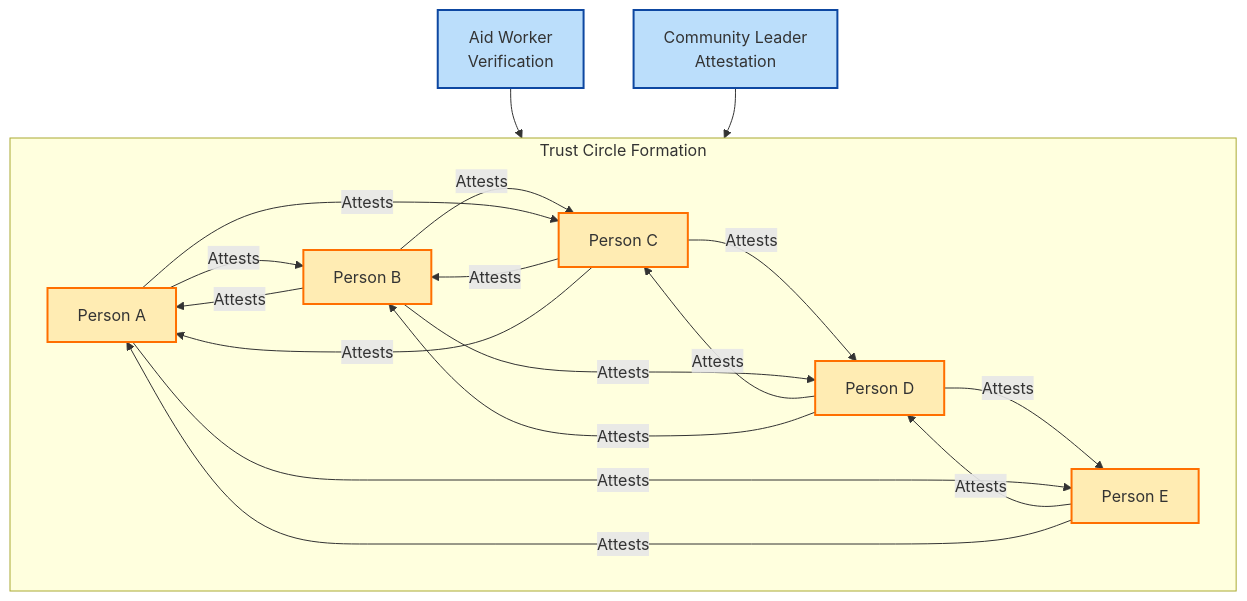
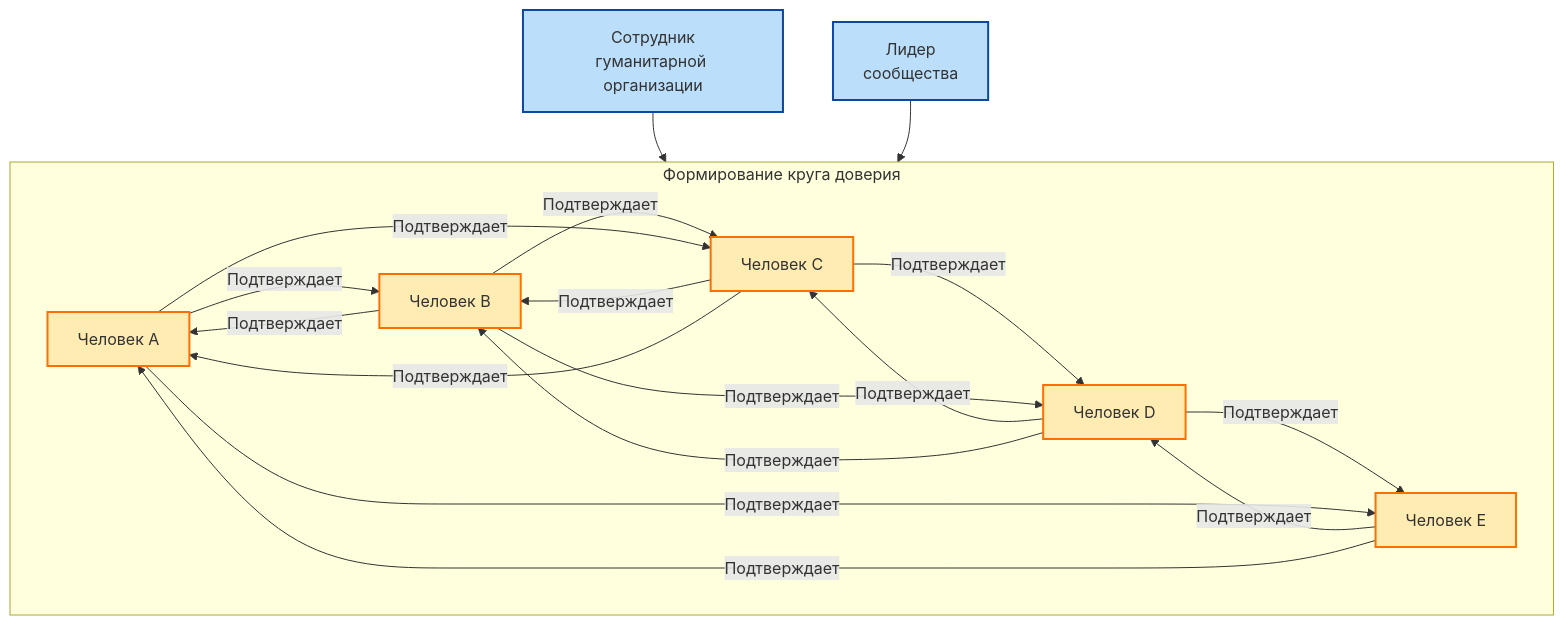
One commit to Ablikon/Endterm changed the second of 4 diagrams in Endterm/6 task/MESA_Humanitarian_Aid_System.md. Above: the diagram before and after it, drawn with Mermaid. The commit also changed other lines of this file, not shown here.

````diff
--- a/Endterm/6 task/MESA_Humanitarian_Aid_System.md
+++ b/Endterm/6 task/MESA_Humanitarian_Aid_System.md
@@ -810,43 +108,31 @@
 ```mermaid
 graph TD
-    subgraph TrustCircle["Trust Circle Formation"]
-        A["Person A"]
-        B["Person B"]
-        C["Person C"]
-        D["Person D"]
-        E["Person E"]
-        
-        A -- "Attests" --> B
-        B -- "Attests" --> A
-        
-        B -- "Attests" --> C
-        C -- "Attests" --> B
-        
-        C -- "Attests" --> D
-        D -- "Attests" --> C
-        
-        D -- "Attests" --> E
-        E -- "Attests" --> D
-        
-        E -- "Attests" --> A
-        A -- "Attests" --> E
-        
-        A -- "Attests" --> C
-        C -- "Attests" --> A
-        
-        B -- "Attests" --> D
-        D -- "Attests" --> B
+    subgraph TrustCircle["Формирование круга доверия"]
+        A["Человек A"] -- "Подтверждает" --> B["Человек B"]
+        B -- "Подтверждает" --> A
+        B -- "Подтверждает" --> C["Человек C"]
+        C -- "Подтверждает" --> B
+        C -- "Подтверждает" --> D["Человек D"]
+        D -- "Подтверждает" --> C
+        D -- "Подтверждает" --> E["Человек E"]
+        E -- "Подтверждает" --> D
+        E -- "Подтверждает" --> A
+        A -- "Подтверждает" --> E
+        A -- "Подтверждает" --> C
+        C -- "Подтверждает" --> A
+        B -- "Подтверждает" --> D
+        D -- "Подтверждает" --> B
     end
     
-    Worker["Aid Worker<br>Verification"]
-    Community["Community Leader<br>Attestation"]
+    Worker["Сотрудник<br>гуманитарной организации"]
+    Community["Лидер<br>сообщества"]
     
     Worker --> TrustCircle
     Community --> TrustCircle
     
     classDef person fill:#ffecb3,stroke:#ff6f00,stroke-width:2px
     classDef authority fill:#bbdefb,stroke:#0d47a1,stroke-width:2px
     
     class A,B,C,D,E person
     class Worker,Community authority
 ```
````
